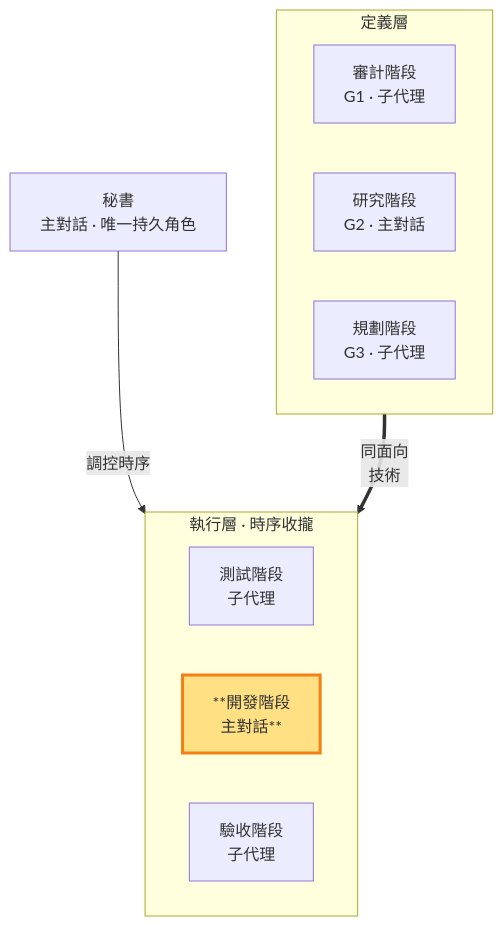
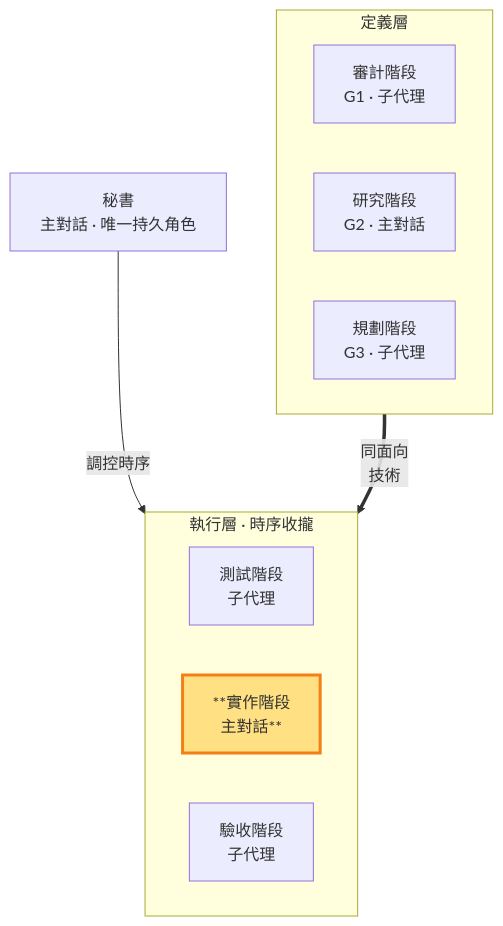
Before and after one commit to teps3105/shiftblame: the diagram in skills/shiftblame/references/BUILD.md, drawn with Mermaid. The commit also changed other lines of this file and 10 other files, not shown here.

````diff
--- a/skills/shiftblame/references/BUILD.md
+++ b/skills/shiftblame/references/BUILD.md
@@ -16,19 +16,19 @@
 ```mermaid
 flowchart TB
     SEC[秘書<br/>主對話 · 唯一持久角色]
     subgraph Consult["定義層"]
         direction LR
         AUD["審計階段<br/>G1 · 子代理"]
         RES["研究階段<br/>G2 · 主對話"]
         PLA["規劃階段<br/>G3 · 子代理"]
     end
     subgraph Build["執行層 · 時序收攏"]
         direction LR
         TST["測試階段<br/>子代理"]
-        DEV["**開發階段<br/>主對話**"]:::thisrole
+        DEV["**實作階段<br/>主對話**"]:::thisrole
         ACC["驗收階段<br/>子代理"]
     end
     SEC -- 調控時序 --> DEV
     RES == "同面向<br/>技術" ==> DEV
     classDef thisrole fill:#ffe082,stroke:#f57f17,stroke-width:3px;
 ```
````
